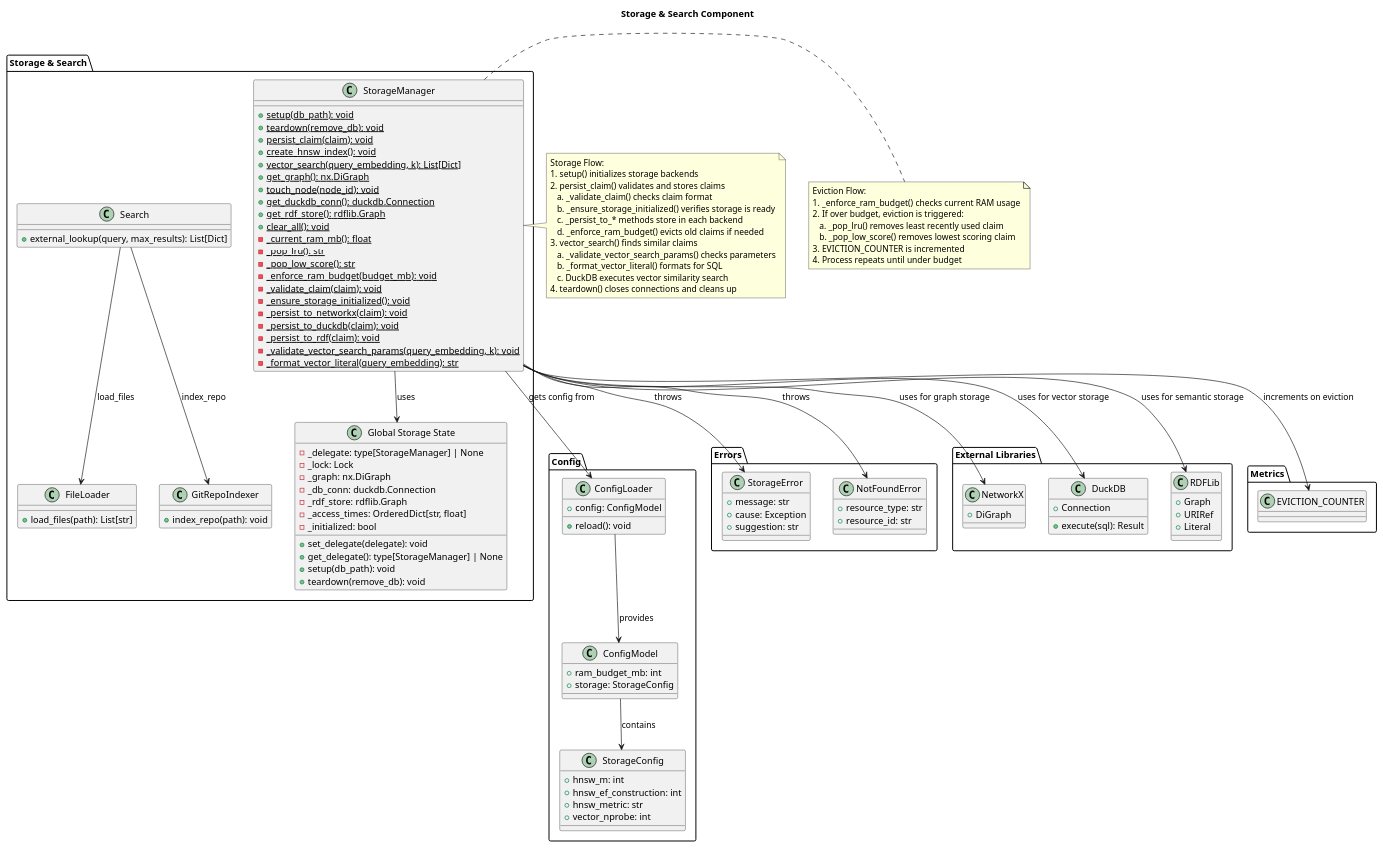
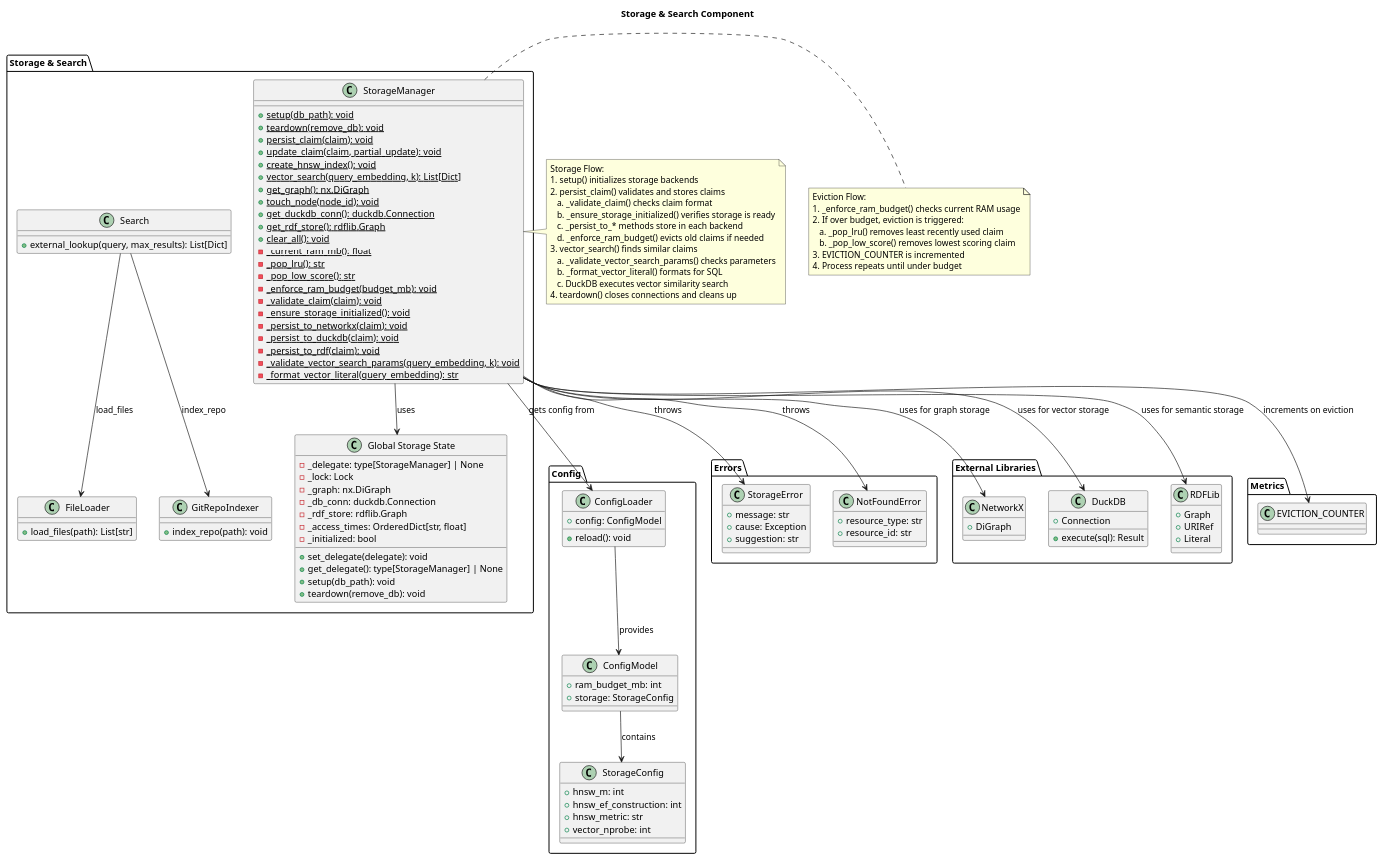
Before and after one commit to ravenoak/autoresearch: the diagram in docs/diagrams/storage.puml, drawn with PlantUML. The commit also changed 9 other files, not shown here.

Commit message:
docs: update with new features and diagrams

```diff
--- a/docs/diagrams/storage.puml
+++ b/docs/diagrams/storage.puml
@@ -1,152 +1,153 @@
 @startuml
 title Storage & Search Component
 
 package "Storage & Search" {
   class StorageManager {
     + {static} setup(db_path): void
     + {static} teardown(remove_db): void
     + {static} persist_claim(claim): void
+    + {static} update_claim(claim, partial_update): void
     + {static} create_hnsw_index(): void
     + {static} vector_search(query_embedding, k): List[Dict]
     + {static} get_graph(): nx.DiGraph
     + {static} touch_node(node_id): void
     + {static} get_duckdb_conn(): duckdb.Connection
     + {static} get_rdf_store(): rdflib.Graph
     + {static} clear_all(): void
     - {static} _current_ram_mb(): float
     - {static} _pop_lru(): str
     - {static} _pop_low_score(): str
     - {static} _enforce_ram_budget(budget_mb): void
     - {static} _validate_claim(claim): void
     - {static} _ensure_storage_initialized(): void
     - {static} _persist_to_networkx(claim): void
     - {static} _persist_to_duckdb(claim): void
     - {static} _persist_to_rdf(claim): void
     - {static} _validate_vector_search_params(query_embedding, k): void
     - {static} _format_vector_literal(query_embedding): str
   }
 
   class FileLoader {
     + load_files(path): List[str]
   }
 
   class GitRepoIndexer {
     + index_repo(path): void
   }
 
   class Search {
     + external_lookup(query, max_results): List[Dict]
   }
 
   class "Global Storage State" as GlobalState {
     - _delegate: type[StorageManager] | None
     - _lock: Lock
     - _graph: nx.DiGraph
     - _db_conn: duckdb.Connection
     - _rdf_store: rdflib.Graph
     - _access_times: OrderedDict[str, float]
     - _initialized: bool
     + set_delegate(delegate): void
     + get_delegate(): type[StorageManager] | None
     + setup(db_path): void
     + teardown(remove_db): void
   }
 }
 
 package "Config" {
   class ConfigLoader {
     + config: ConfigModel
     + reload(): void
   }
 
   class ConfigModel {
     + ram_budget_mb: int
     + storage: StorageConfig
   }
 
   class StorageConfig {
     + hnsw_m: int
     + hnsw_ef_construction: int
     + hnsw_metric: str
     + vector_nprobe: int
   }
 }
 
 package "Errors" {
   class StorageError {
     + message: str
     + cause: Exception
     + suggestion: str
   }
 
   class NotFoundError {
     + resource_type: str
     + resource_id: str
   }
 }
 
 package "External Libraries" {
   class "NetworkX" as NetworkX {
     + DiGraph
   }
 
   class "DuckDB" as DuckDB {
     + Connection
     + execute(sql): Result
   }
 
   class "RDFLib" as RDFLib {
     + Graph
     + URIRef
     + Literal
   }
 }
 
 package "Metrics" {
   class "EVICTION_COUNTER" as EvictionCounter
 }
 
 ' Relationships
 StorageManager --> GlobalState : uses
 StorageManager --> ConfigLoader : gets config from
 StorageManager --> StorageError : throws
 StorageManager --> NotFoundError : throws
 StorageManager --> NetworkX : uses for graph storage
 StorageManager --> DuckDB : uses for vector storage
 StorageManager --> RDFLib : uses for semantic storage
 StorageManager --> EvictionCounter : increments on eviction
 
 Search --> FileLoader : load_files
 Search --> GitRepoIndexer : index_repo
 
 ConfigLoader --> ConfigModel : provides
 ConfigModel --> StorageConfig : contains
 
 ' Storage flow
 note right of StorageManager
   Storage Flow:
   1. setup() initializes storage backends
   2. persist_claim() validates and stores claims
      a. _validate_claim() checks claim format
      b. _ensure_storage_initialized() verifies storage is ready
      c. _persist_to_* methods store in each backend
      d. _enforce_ram_budget() evicts old claims if needed
   3. vector_search() finds similar claims
      a. _validate_vector_search_params() checks parameters
      b. _format_vector_literal() formats for SQL
      c. DuckDB executes vector similarity search
   4. teardown() closes connections and cleans up
 end note
 
 ' Eviction flow
 note right of StorageManager
   Eviction Flow:
   1. _enforce_ram_budget() checks current RAM usage
   2. If over budget, eviction is triggered:
      a. _pop_lru() removes least recently used claim
      b. _pop_low_score() removes lowest scoring claim
   3. EVICTION_COUNTER is incremented
   4. Process repeats until under budget
 end note
 
 @enduml
```
